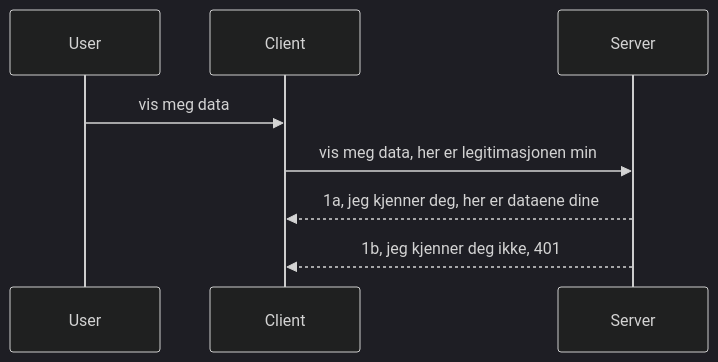
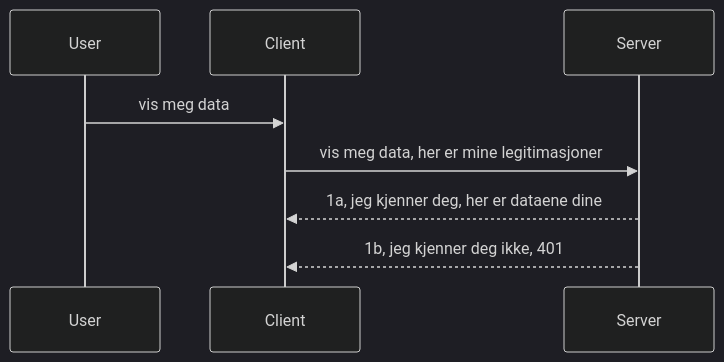
One commit to HIDORAKAI002/ai-workspace-archive changed the diagram in mcp_ecosystem__model_context_protocol/mcp_learning_resources/mcp-for-beginners/translations/no/03-GettingStarted/11-simple-auth/README.md. Above: the diagram before and after it, drawn with Mermaid (dark theme). The commit also changed other lines of this file and 1046 other files, not shown here.

````diff
--- a/mcp_ecosystem__model_context_protocol/mcp_learning_resources/mcp-for-beginners/translations/no/03-GettingStarted/11-simple-auth/README.md
+++ b/mcp_ecosystem__model_context_protocol/mcp_learning_resources/mcp-for-beginners/translations/no/03-GettingStarted/11-simple-auth/README.md
@@ -24,11 +24,11 @@
 ```mermaid
 sequenceDiagram
    participant User
    participant Client
    participant Server
 
    User->>Client: vis meg data
-   Client->>Server: vis meg data, her er legitimasjonen min
+   Client->>Server: vis meg data, her er mine legitimasjoner
    Server-->>Client: 1a, jeg kjenner deg, her er dataene dine
    Server-->>Client: 1b, jeg kjenner deg ikke, 401 
 ```
````
